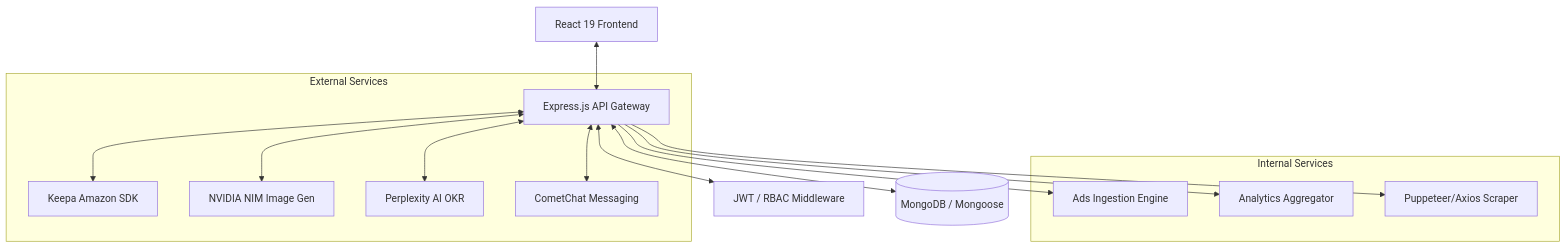
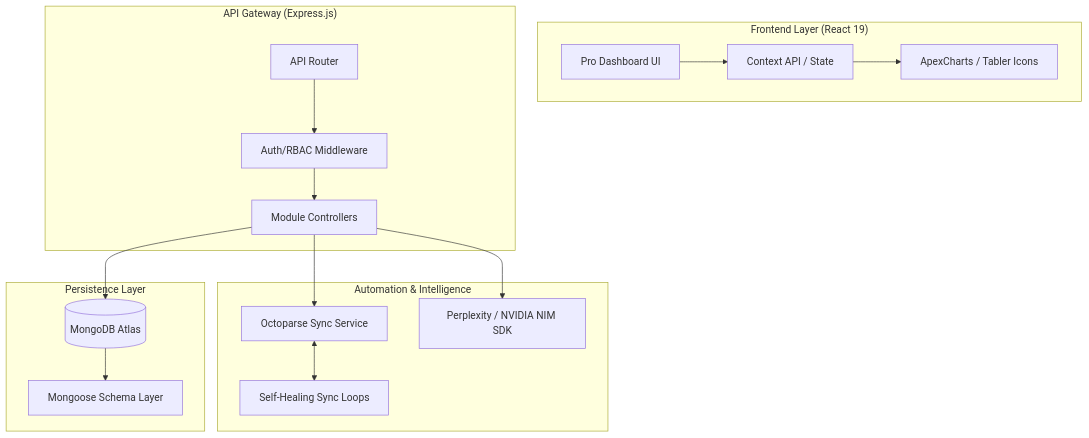
One commit to Brandcentral-Pvt/RetailOps changed the diagram in README.md. Above: the diagram before and after it, drawn with Mermaid. The commit also changed other lines of this file and 12 other files, not shown here.

Commit message:
feat: implement SellerInventoryTracker service to automate ASIN discovery and syncing via Keepa API

````diff
--- a/README.md
+++ b/README.md
@@ -15,19 +16,23 @@
 ```mermaid
 graph TD
-    Client[React 19 Frontend] <--> API[Express.js API Gateway]
-    API <--> Auth[JWT / RBAC Middleware]
-    API <--> MongoDB[(MongoDB / Mongoose)]
-    
-    subgraph "External Services"
-        API <--> Keepa[Keepa Amazon SDK]
-        API <--> NIM[NVIDIA NIM Image Gen]
-        API <--> PPLX[Perplexity AI OKR]
-        API <--> Comet[CometChat Messaging]
+    subgraph "Frontend Layer (React 19)"
+        UI[Pro Dashboard UI] --> Store[Context API / State]
+        Store --> Components[ApexCharts / Tabler Icons]
     end
-    
-    subgraph "Internal Services"
-        API --> Ingestion[Ads Ingestion Engine]
-        API --> Aggregation[Analytics Aggregator]
-        API --> Scraping[Puppeteer/Axios Scraper]
+
+    subgraph "API Gateway (Express.js)"
+        API[API Router] --> Middleware[Auth/RBAC Middleware]
+        Middleware --> Controllers[Module Controllers]
+    end
+
+    subgraph "Automation & Intelligence"
+        Controllers --> Sync[Octoparse Sync Service]
+        Sync <--> Jobs[Self-Healing Sync Loops]
+        Controllers --> AI[Perplexity / NVIDIA NIM SDK]
+    end
+
+    subgraph "Persistence Layer"
+        Controllers --> MongoDB[(MongoDB Atlas)]
+        MongoDB --> Models[Mongoose Schema Layer]
     end
 ```
````
